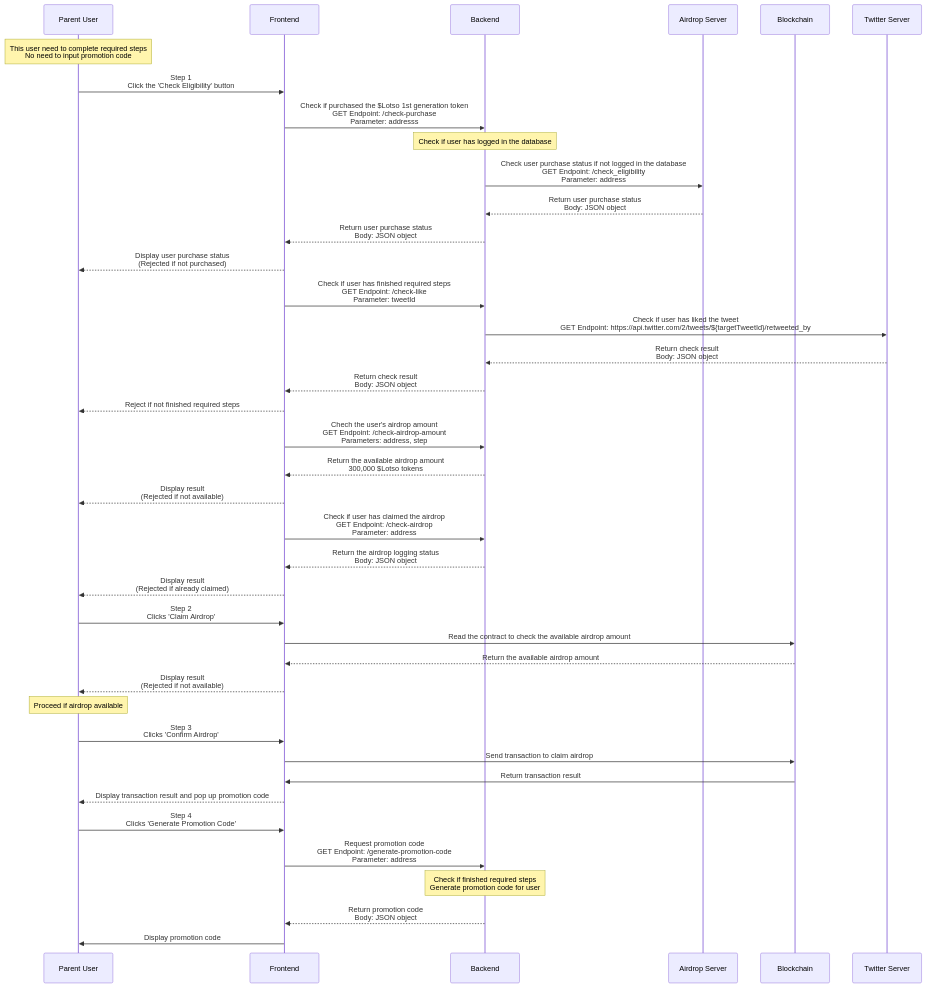
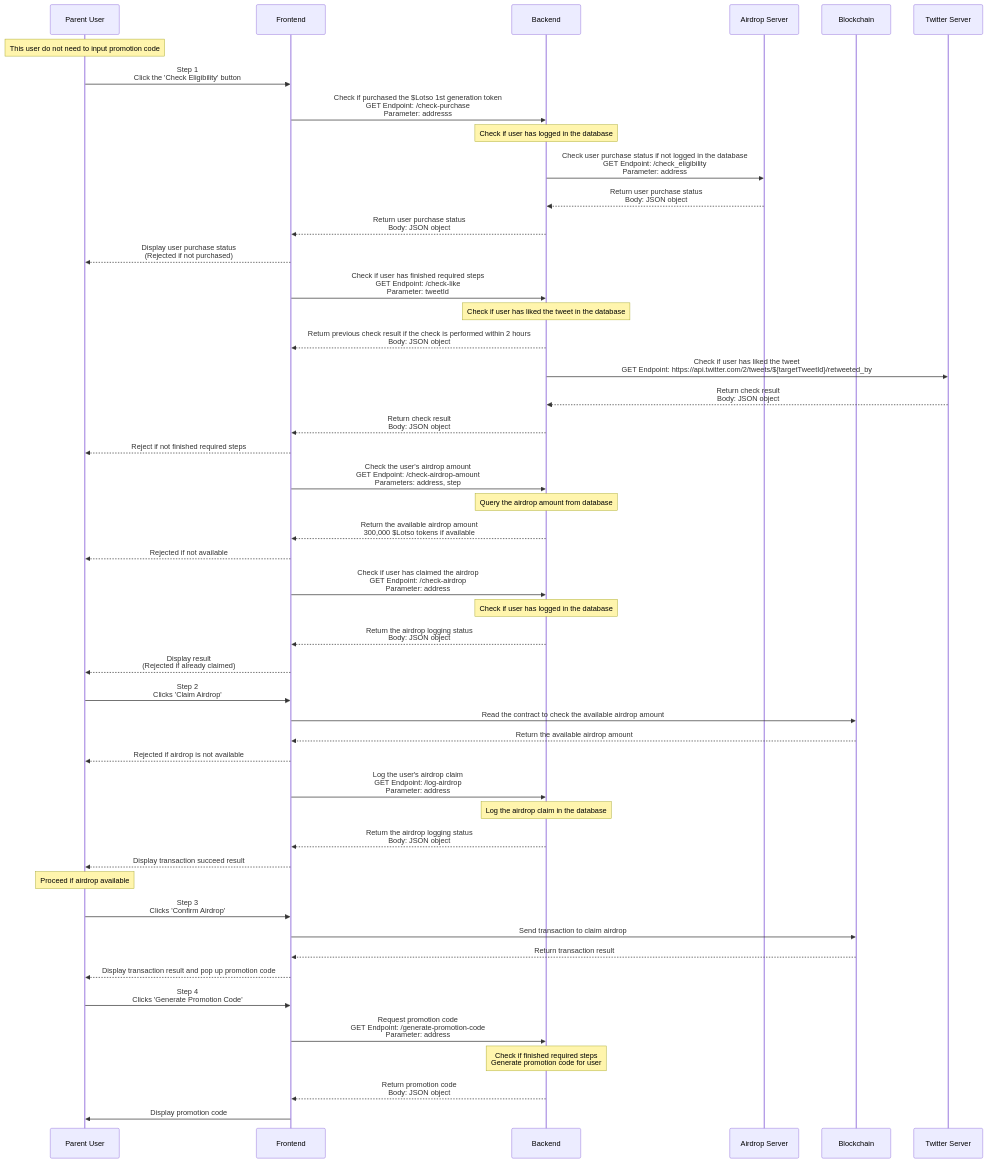
The second of 3 diagrams in README.md (BTI-US/Lotso-Twitter-Auth), drawn with Mermaid before and after one commit. The commit also changed other lines of this file, not shown here.

Commit message:
Update diagram explanation

````diff
--- a/README.md
+++ b/README.md
@@ -88,47 +121,55 @@
 ```mermaid
 sequenceDiagram
     participant U as Parent User
     participant F as Frontend
     participant B as Backend
     participant S as Airdrop Server
     participant BC as Blockchain
     participant T as Twitter Server
 
-    note over U: This user need to complete required steps <br>No need to input promotion code
+    note over U: This user do not need to input promotion code
 
     U->>F: Step 1 <br>Click the 'Check Eligibility' button
     F->>B: Check if purchased the $Lotso 1st generation token <br>GET Endpoint: /check-purchase <br>Parameter: addresss
     note over B: Check if user has logged in the database
     B->>S: Check user purchase status if not logged in the database <br>GET Endpoint: /check_eligibility <br>Parameter: address
     S-->>B: Return user purchase status <br>Body: JSON object
     B-->>F: Return user purchase status <br>Body: JSON object
     F-->>U: Display user purchase status <br>(Rejected if not purchased)
     F->>B: Check if user has finished required steps <br>GET Endpoint: /check-like <br>Parameter: tweetId
+    note over B: Check if user has liked the tweet in the database
+    B-->>F: Return previous check result if the check is performed within 2 hours <br>Body: JSON object
     B->>T: Check if user has liked the tweet <br>GET Endpoint: https://api.twitter.com/2/tweets/${targetTweetId}/retweeted_by
     T-->>B: Return check result <br>Body: JSON object
     B-->>F: Return check result <br>Body: JSON object
     F-->>U: Reject if not finished required steps
-    F->>B: Chech the user's airdrop amount <br>GET Endpoint: /check-airdrop-amount <br>Parameters: address, step
-    B-->>F: Return the available airdrop amount <br> 300,000 $Lotso tokens
-    F-->>U: Display result <br>(Rejected if not available)
+    F->>B: Check the user's airdrop amount <br>GET Endpoint: /check-airdrop-amount <br>Parameters: address, step
+    note over B: Query the airdrop amount from database
+    B-->>F: Return the available airdrop amount <br> 300,000 $Lotso tokens if available
+    F-->>U: Rejected if not available
     F->>B: Check if user has claimed the airdrop <br>GET Endpoint: /check-airdrop <br>Parameter: address
+    note over B: Check if user has logged in the database
     B-->>F: Return the airdrop logging status <br>Body: JSON object
     F-->>U: Display result <br>(Rejected if already claimed)
 
     U->>F: Step 2 <br>Clicks 'Claim Airdrop'
     F->>BC: Read the contract to check the available airdrop amount
     BC-->>F: Return the available airdrop amount
-    F-->>U: Display result <br>(Rejected if not available)
+    F-->>U: Rejected if airdrop is not available
+    F->>B: Log the user's airdrop claim <br>GET Endpoint: /log-airdrop <br>Parameter: address
+    note over B: Log the airdrop claim in the database
+    B-->>F: Return the airdrop logging status <br>Body: JSON object
+    F-->>U: Display transaction succeed result
     note over U: Proceed if airdrop available
 
     U->>F: Step 3 <br>Clicks 'Confirm Airdrop'
     F->>BC: Send transaction to claim airdrop
-    BC->>F: Return transaction result
+    BC-->>F: Return transaction result
     F-->>U: Display transaction result and pop up promotion code
 
     U->>F: Step 4 <br>Clicks 'Generate Promotion Code'
     F->>B: Request promotion code <br>GET Endpoint: /generate-promotion-code <br>Parameter: address
     note over B: Check if finished required steps <br>Generate promotion code for user
     B-->>F: Return promotion code <br>Body: JSON object
     F->>U: Display promotion code
 ```
````
